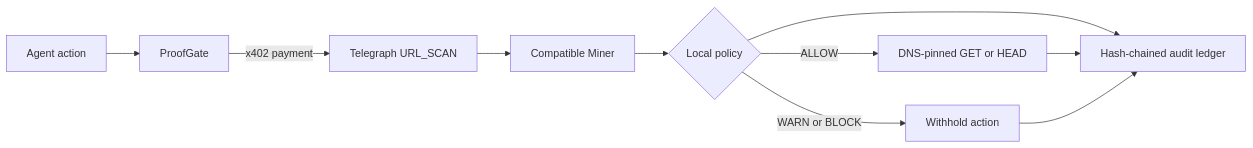
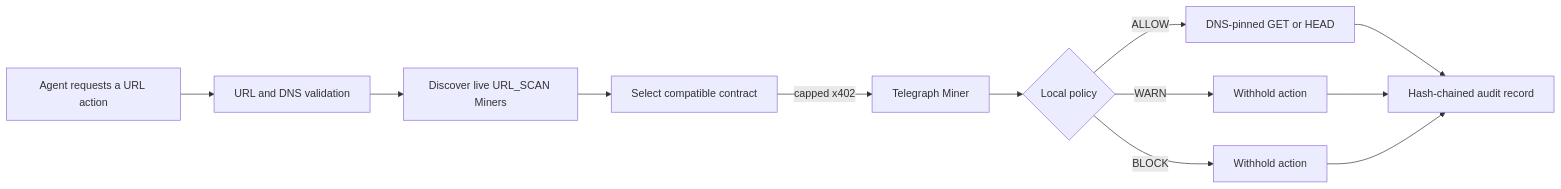
Before and after one commit to karan68/proofgate: the diagram in README.md, drawn with Mermaid. The commit also changed other lines of this file and 8 other files, not shown here.

````diff
--- a/README.md
+++ b/README.md
@@ -17,12 +44,14 @@
 ```mermaid
 flowchart LR
-  A[Agent action] --> G[ProofGate]
-  G -->|x402 payment| T[Telegraph URL_SCAN]
-  T --> M[Compatible Miner]
+  A[Agent requests a URL action] --> V[URL and DNS validation]
+  V --> D[Discover live URL_SCAN Miners]
+  D --> S[Select compatible contract]
+  S -->|capped x402| M[Telegraph Miner]
   M --> P{Local policy}
   P -->|ALLOW| E[DNS-pinned GET or HEAD]
-  P -->|WARN or BLOCK| W[Withhold action]
-  P --> L[Hash-chained audit ledger]
-  E --> L
+  P -->|WARN| W[Withhold action]
+  P -->|BLOCK| B[Withhold action]
+  E --> L[Hash-chained audit record]
   W --> L
+  B --> L
 ```
````
